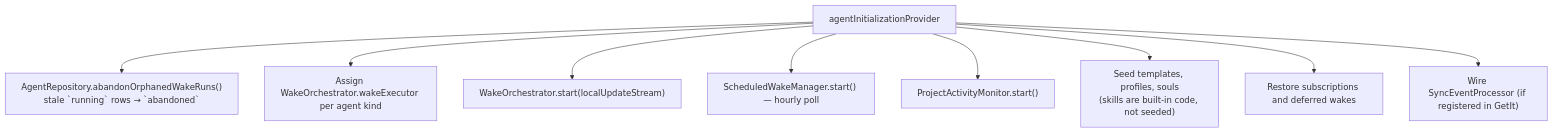
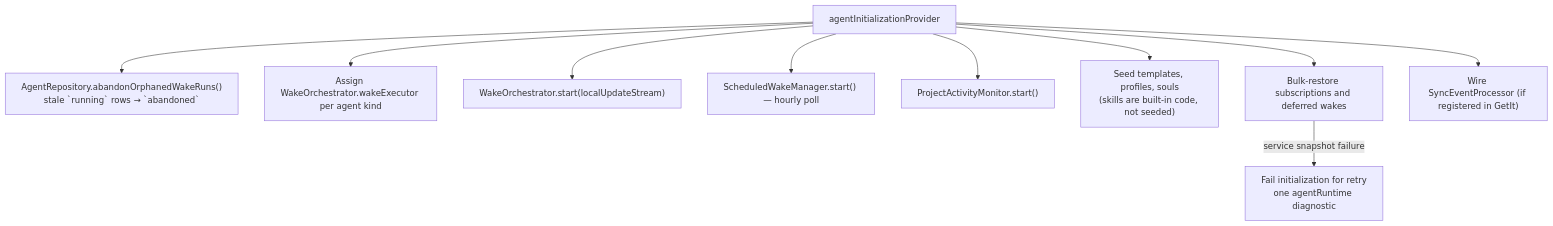
The second of 2 diagrams in knowledge/features/agents/overview.md (matthiasn/lotti), drawn with Mermaid before and after one commit. The commit also changed other lines of this file and 15 other files, not shown here.

````diff
--- a/knowledge/features/agents/overview.md
+++ b/knowledge/features/agents/overview.md
@@ -84,12 +84,13 @@
 ```mermaid
 flowchart TD
   Init["agentInitializationProvider"]
   Init --> Abandon["AgentRepository.abandonOrphanedWakeRuns()<br/>stale `running` rows → `abandoned`"]
   Init --> Wire["Assign WakeOrchestrator.wakeExecutor per agent kind"]
   Init --> Start["WakeOrchestrator.start(localUpdateStream)"]
   Init --> Sched["ScheduledWakeManager.start() — hourly poll"]
   Init --> Activity["ProjectActivityMonitor.start()"]
   Init --> Seed["Seed templates, profiles, souls<br/>(skills are built-in code, not seeded)"]
-  Init --> Restore["Restore subscriptions and deferred wakes"]
+  Init --> Restore["Bulk-restore subscriptions and deferred wakes"]
+  Restore -->|service snapshot failure| Abort["Fail initialization for retry<br/>one agentRuntime diagnostic"]
   Init --> Sync["Wire SyncEventProcessor (if registered in GetIt)"]
 ```
````
